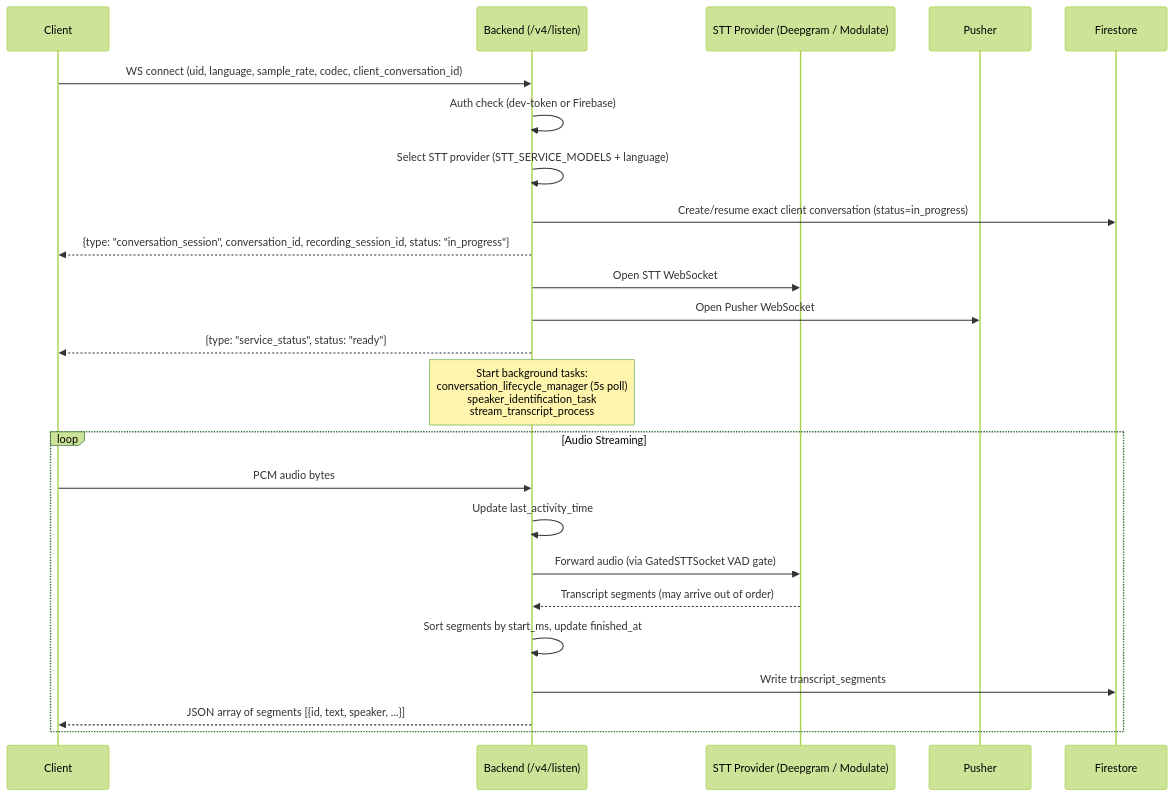
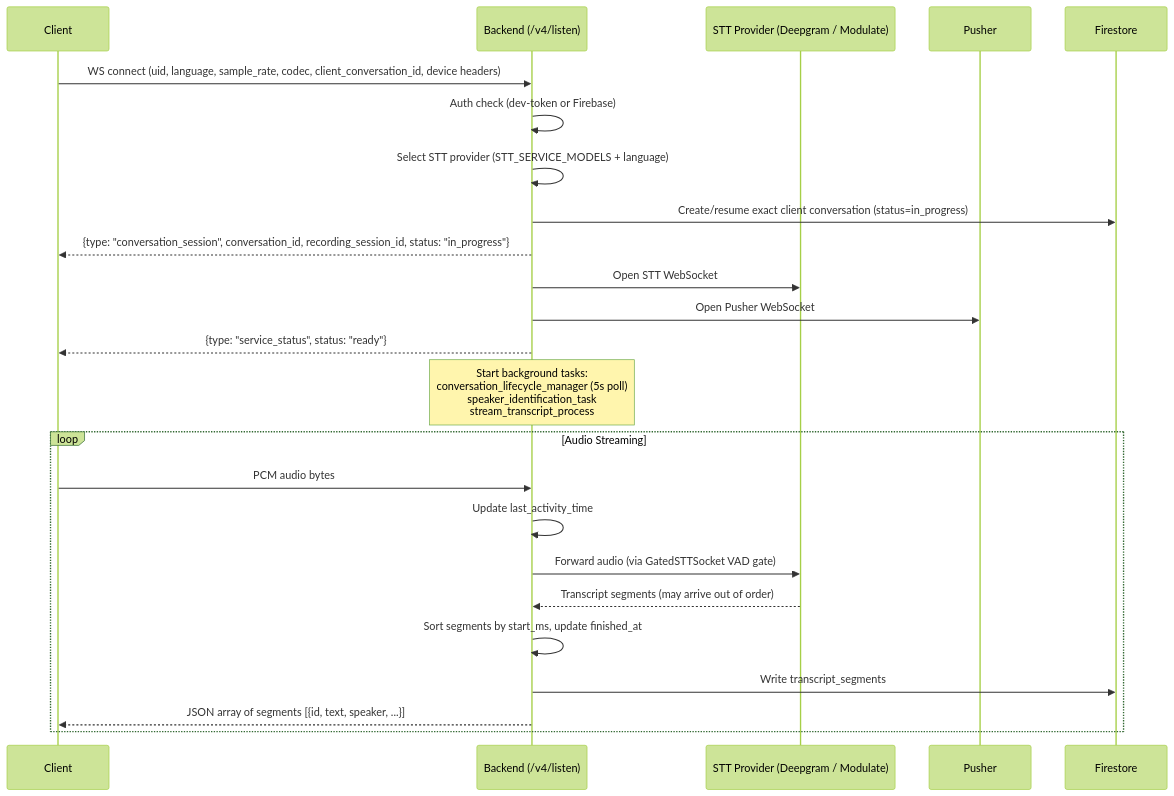
The first of 6 diagrams in docs/doc/developer/backend/listen_pusher_pipeline.mdx (BasedHardware/omi), drawn with Mermaid (forest theme) before and after one commit. The commit also changed other lines of this file and 20 other files, not shown here.

````diff
--- a/docs/doc/developer/backend/listen_pusher_pipeline.mdx
+++ b/docs/doc/developer/backend/listen_pusher_pipeline.mdx
@@ -53,29 +64,29 @@
 ```mermaid
 sequenceDiagram
     participant Client
     participant Backend as Backend (/v4/listen)
     participant STT as STT Provider (Deepgram / Modulate)
     participant Pusher
     participant Firestore
 
-    Client->>Backend: WS connect (uid, language, sample_rate, codec, client_conversation_id)
+    Client->>Backend: WS connect (uid, language, sample_rate, codec, client_conversation_id, device headers)
     Backend->>Backend: Auth check (dev-token or Firebase)
     Backend->>Backend: Select STT provider (STT_SERVICE_MODELS + language)
     Backend->>Firestore: Create/resume exact client conversation (status=in_progress)
     Backend-->>Client: {type: "conversation_session", conversation_id, recording_session_id, status: "in_progress"}
     Backend->>STT: Open STT WebSocket
     Backend->>Pusher: Open Pusher WebSocket
     Backend-->>Client: {type: "service_status", status: "ready"}
 
     Note over Backend: Start background tasks:<br/>conversation_lifecycle_manager (5s poll)<br/>speaker_identification_task<br/>stream_transcript_process
 
     loop Audio Streaming
         Client->>Backend: PCM audio bytes
         Backend->>Backend: Update last_activity_time
         Backend->>STT: Forward audio (via GatedSTTSocket VAD gate)
         STT-->>Backend: Transcript segments (may arrive out of order)
         Backend->>Backend: Sort segments by start_ms, update finished_at
         Backend->>Firestore: Write transcript_segments
         Backend-->>Client: JSON array of segments [{id, text, speaker, ...}]
     end
 ```
````
